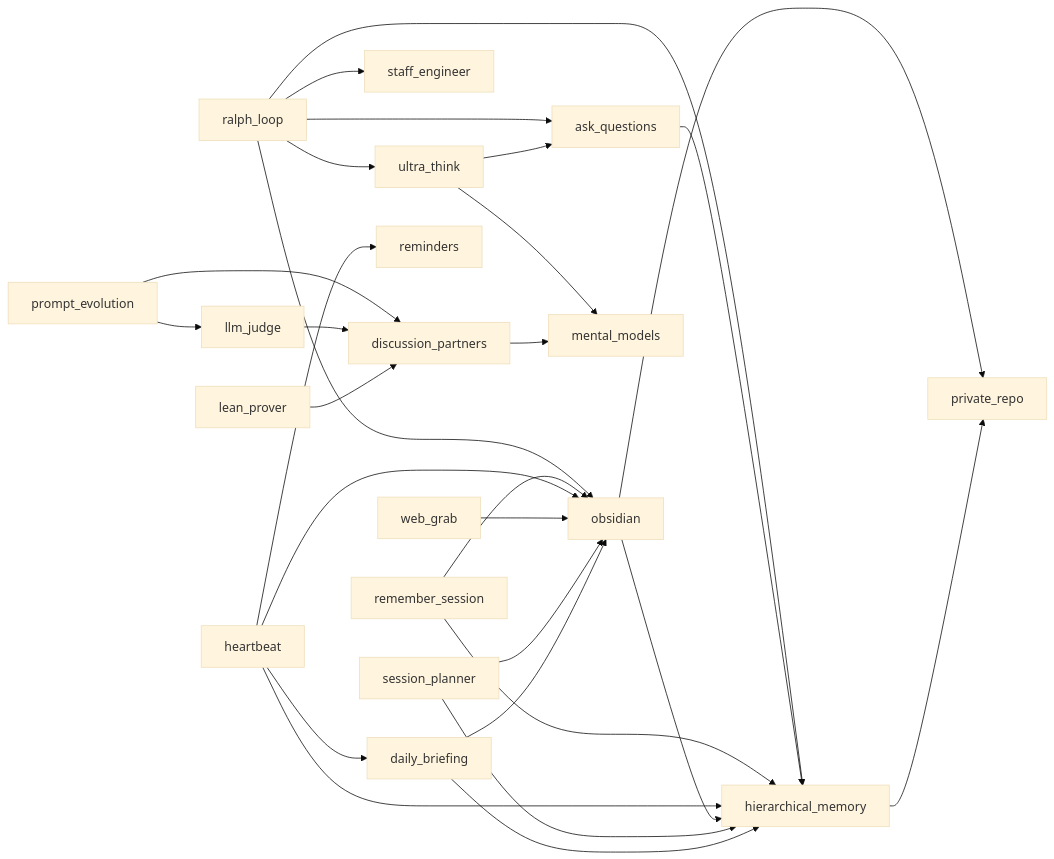
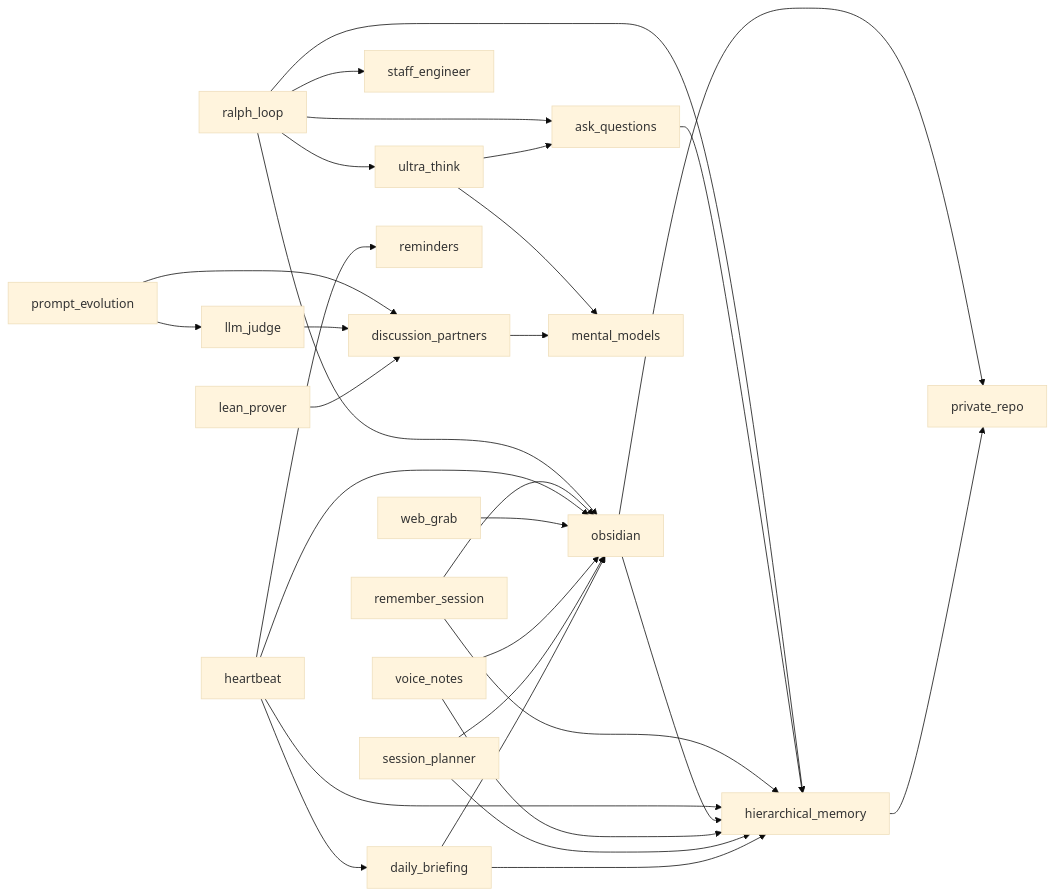
One commit to zachmayer/skills changed the diagram in README.md. Above: the diagram before and after it, drawn with Mermaid (base theme). The commit also changed other lines of this file and 3 other files, not shown here.

First line of the commit message:
Add voice_notes skill for audio transcription via OpenAI Whisper API

````diff
--- a/README.md
+++ b/README.md
@@ -95,30 +96,32 @@
 ```mermaid
 graph LR
     ralph_loop --> ultra_think
     ralph_loop --> staff_engineer
     ralph_loop --> ask_questions
     ralph_loop --> hierarchical_memory
     ralph_loop --> obsidian
     ultra_think --> mental_models
     ultra_think --> ask_questions
     ask_questions --> hierarchical_memory
     prompt_evolution --> discussion_partners
     prompt_evolution --> llm_judge
     llm_judge --> discussion_partners
     discussion_partners --> mental_models
     remember_session --> hierarchical_memory
     remember_session --> obsidian
     heartbeat --> hierarchical_memory
     heartbeat --> obsidian
     heartbeat --> reminders
     heartbeat --> daily_briefing
     obsidian --> hierarchical_memory
     obsidian --> private_repo
     hierarchical_memory --> private_repo
     web_grab --> obsidian
+    voice_notes --> hierarchical_memory
+    voice_notes --> obsidian
     lean_prover --> discussion_partners
     session_planner --> hierarchical_memory
     session_planner --> obsidian
     daily_briefing --> hierarchical_memory
     daily_briefing --> obsidian
 ```
````
